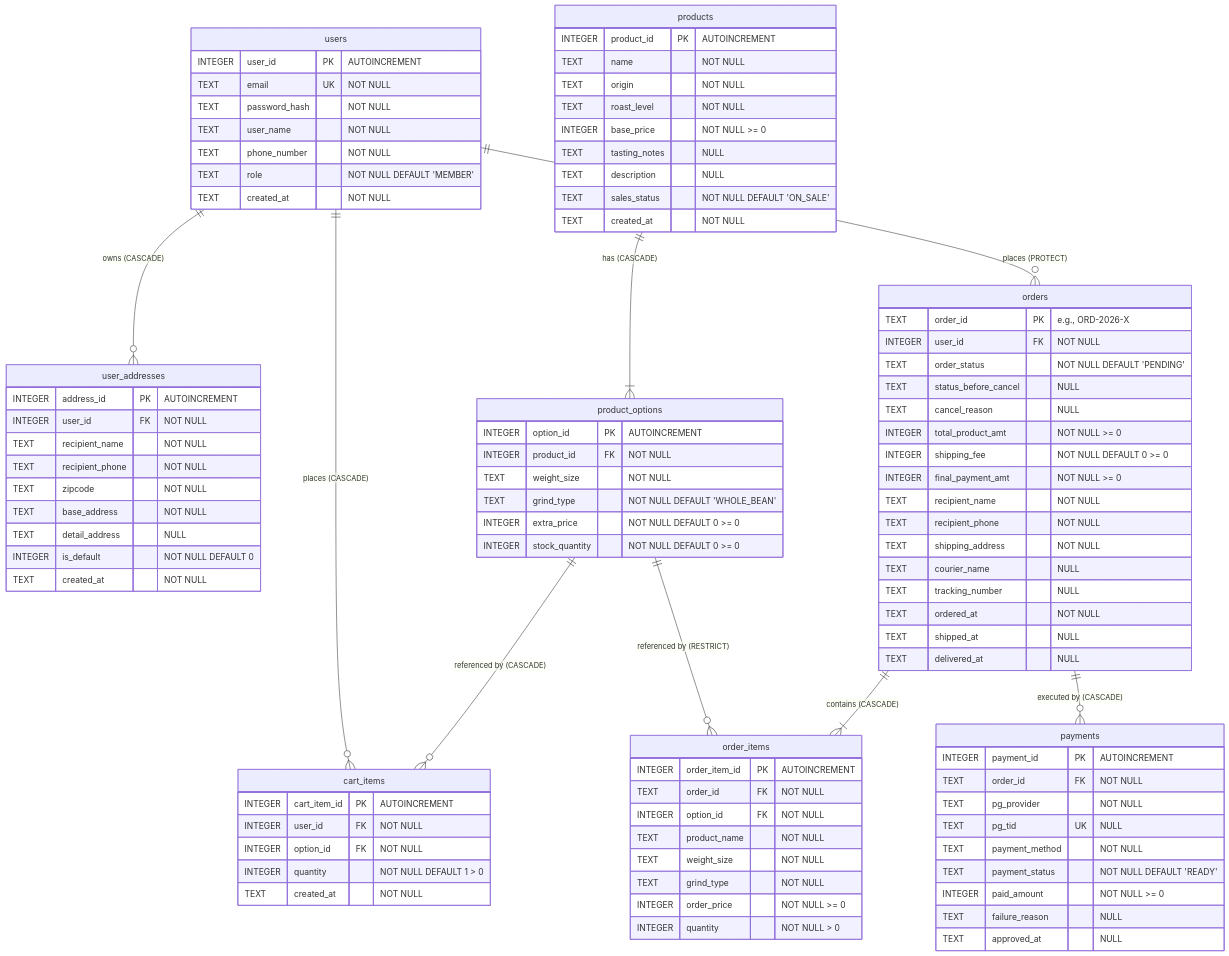
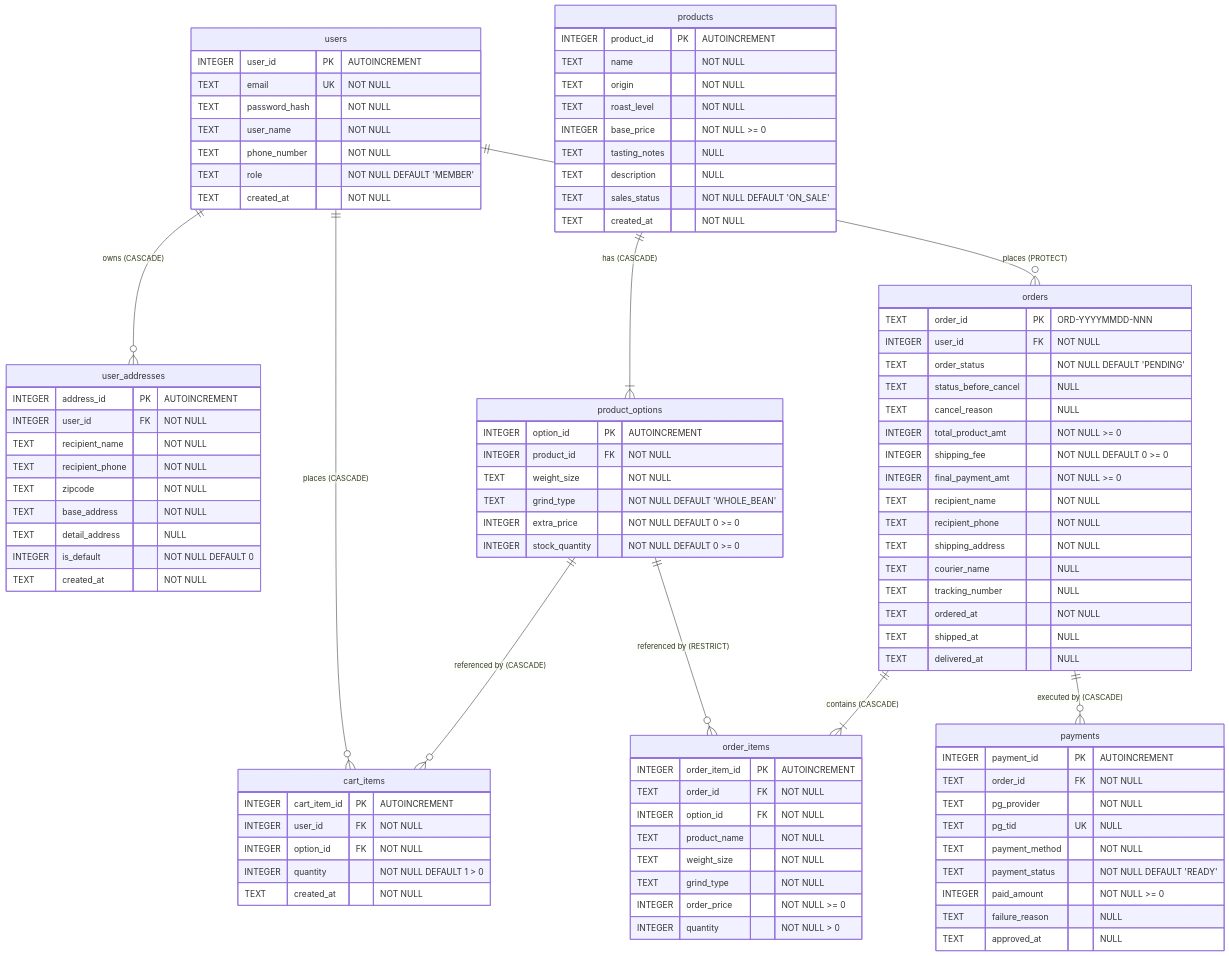
The diagram in docs/backend/table-specification.md (seren-wib/coffee-shop), drawn with Mermaid before and after one commit. The commit also changed other lines of this file and 3 other files, not shown here.

```diff
--- a/docs/backend/table-specification.md
+++ b/docs/backend/table-specification.md
@@ -81,7 +81,7 @@
     }
 
     orders {
-        TEXT order_id PK "e.g., ORD-2026-X"
+        TEXT order_id PK "ORD-YYYYMMDD-NNN"
         INTEGER user_id FK "NOT NULL"
         TEXT order_status "NOT NULL DEFAULT 'PENDING'"
         TEXT status_before_cancel "NULL"
```
